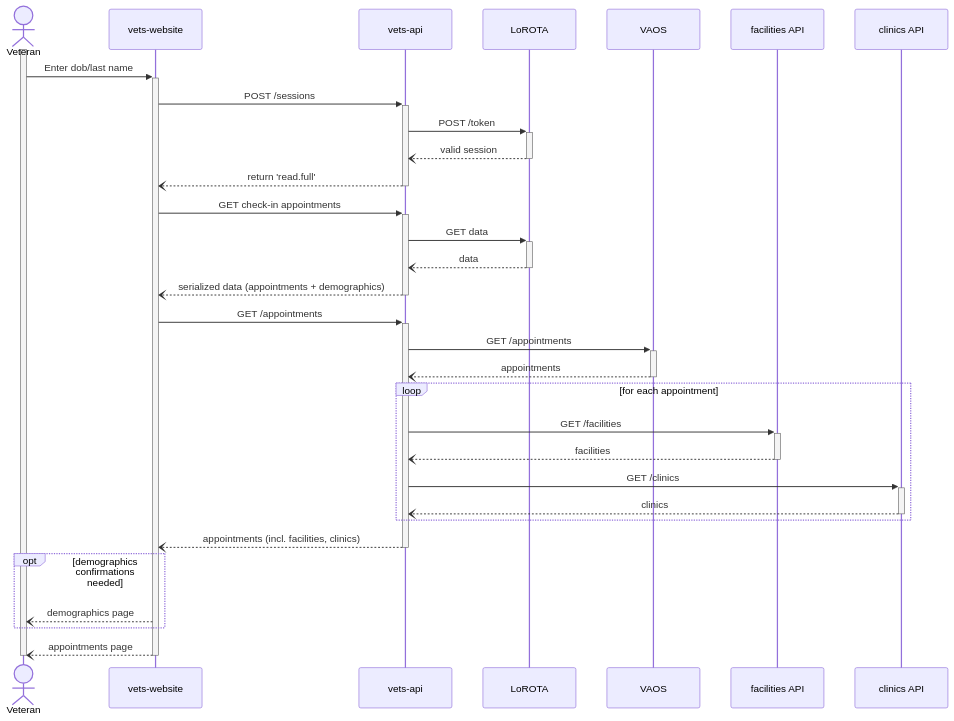
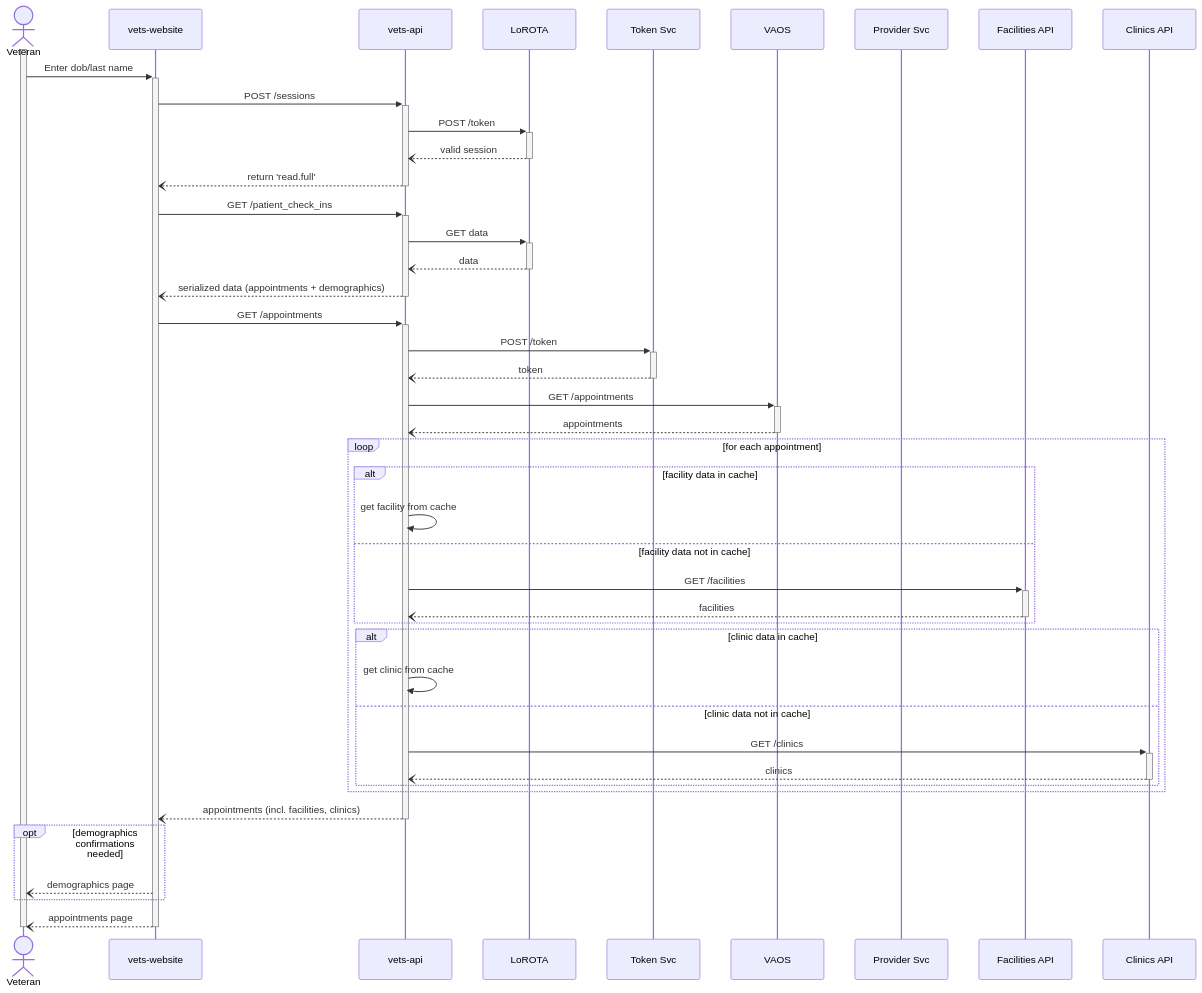
Before and after one commit to department-of-veterans-affairs/va.gov-team: the diagram in products/health-care/checkin/engineering/unified-check-in/readme.md, drawn with Mermaid.

Commit message:
Update sequence diagram

````diff
--- a/products/health-care/checkin/engineering/unified-check-in/readme.md
+++ b/products/health-care/checkin/engineering/unified-check-in/readme.md
@@ -45,40 +45,52 @@
 ```mermaid
 sequenceDiagram
     actor vet as Veteran
     participant web as vets-website
     participant api as vets-api
     participant l as LoROTA
+    participant sts as Token Svc
     participant vaos as VAOS
-    participant fa as facilities API
-    participant cl as clinics API
+    participant ps as Provider Svc
+    participant fa as Facilities API
+    participant cl as Clinics API
 
         activate vet
         vet->>+web: Enter dob/last name
         web->>+api: POST /sessions
         api->>+l: POST /token
         l--)-api: valid session
         api--)web: return 'read.full'
         deactivate api
-        web->>+api: GET check-in appointments
+        web->>+api: GET /patient_check_ins
         api->>+l: GET data
         l--)-api: data
         api--)-web: serialized data (appointments + demographics)
 
         web->>+api: GET /appointments
+        api->>+sts: POST /token
+        sts--)-api: token
         api->>+vaos: GET /appointments
         vaos--)-api: appointments
-				
-				loop for each appointment
-	        api->>+fa: GET /facilities
-	        fa--)-api: facilities
-	        api->>+cl: GET /clinics
-	        cl--)-api: clinics
-				end
+
+        loop for each appointment
+          alt facility data in cache
+            api->>api: get facility from cache
+          else facility data not in cache
+            api->>+fa: GET /facilities
+	    fa--)-api: facilities
+          end
+          alt clinic data in cache
+            api->>api: get clinic from cache
+          else clinic data not in cache
+            api->>+cl: GET /clinics
+            cl--)-api: clinics
+          end
+        end
         api--)-web: appointments (incl. facilities, clinics)
 
         opt demographics confirmations needed
             web--)vet: demographics page
         end
         web--)-vet: appointments page
         deactivate vet
 ```
````
